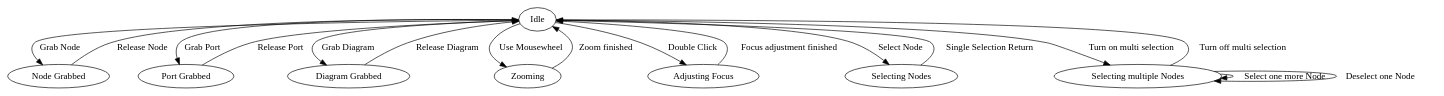
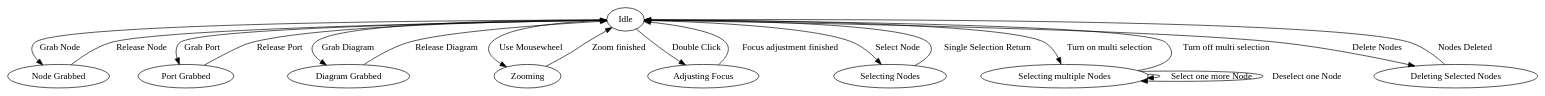
One commit to Oppodelldog/touch-graph changed the diagram in src/State/states.dot. Above: the diagram before and after it, drawn with Graphviz. The commit also changed 5 other files, not shown here.

Commit message:
Delete selected nodes

```diff
--- a/src/State/states.dot
+++ b/src/State/states.dot
@@ -1,24 +1,27 @@
 digraph {
     "Idle" -> "Node Grabbed" [ label = "Grab Node" ]
     "Node Grabbed" -> "Idle" [ label = "Release Node" ]
 
     "Idle" -> "Port Grabbed" [ label = "Grab Port" ]
     "Port Grabbed" -> "Idle" [ label = "Release Port" ]
 
     "Idle" -> "Diagram Grabbed" [ label = "Grab Diagram" ]
     "Diagram Grabbed" -> "Idle" [ label = "Release Diagram" ]
 
     "Idle" -> "Zooming" [ label = "Use Mousewheel" ]
     "Zooming" -> "Idle" [ label = "Zoom finished" ]
 
     "Idle" -> "Adjusting Focus" [ label = "Double Click" ]
     "Adjusting Focus" -> "Idle" [ label = "Focus adjustment finished" ]
 
     "Idle" -> "Selecting Nodes" [ label = "Select Node" ]
     "Selecting Nodes" -> "Idle" [ label = "Single Selection Return" ]
 
     "Idle" -> "Selecting multiple Nodes" [ label = "Turn on multi selection" ]
     "Selecting multiple Nodes" -> "Selecting multiple Nodes" [ label = "Select one more Node" ]
     "Selecting multiple Nodes" -> "Selecting multiple Nodes" [ label = "Deselect one Node" ]
     "Selecting multiple Nodes" -> "Idle" [ label = "Turn off multi selection" ]
+
+    "Idle" -> "Deleting Selected Nodes" [ label = "Delete Nodes" ]
+    "Deleting Selected Nodes" -> "Idle" [ label = "Nodes Deleted" ]
 }
```
